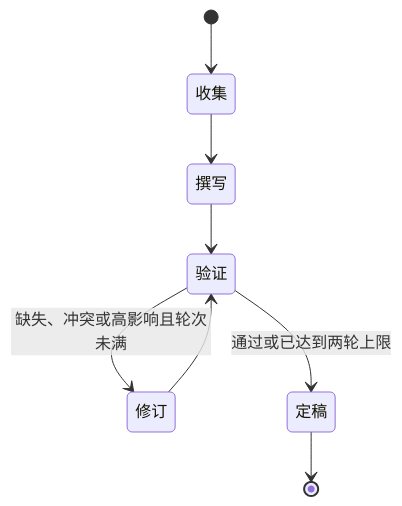
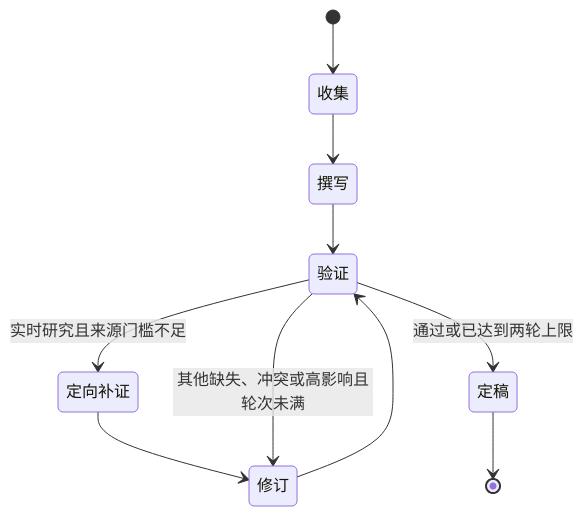
The second of 2 diagrams in README.md (pcdogyu/RAG-Agentic-Looping), drawn with Mermaid before and after one commit. The commit also changed other lines of this file and 9 other files, not shown here.

````diff
--- a/README.md
+++ b/README.md
@@ -168,10 +170,12 @@
 ```mermaid
 stateDiagram-v2
     [*] --> 收集
     收集 --> 撰写
     撰写 --> 验证
-    验证 --> 修订: 缺失、冲突或高影响且轮次未满
+    验证 --> 定向补证: 实时研究且来源门槛不足
+    定向补证 --> 修订
+    验证 --> 修订: 其他缺失、冲突或高影响且轮次未满
     修订 --> 验证
     验证 --> 定稿: 通过或已达到两轮上限
     定稿 --> [*]
 ```
````
